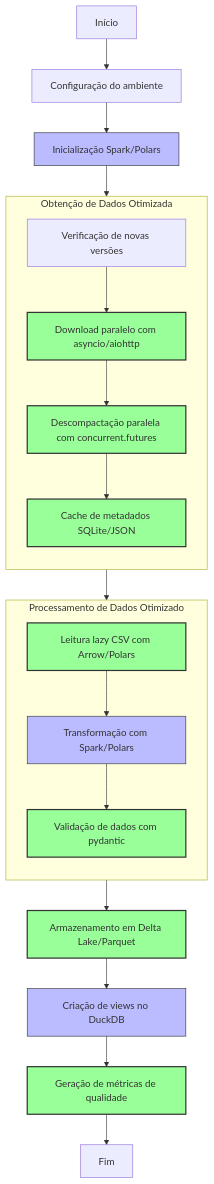
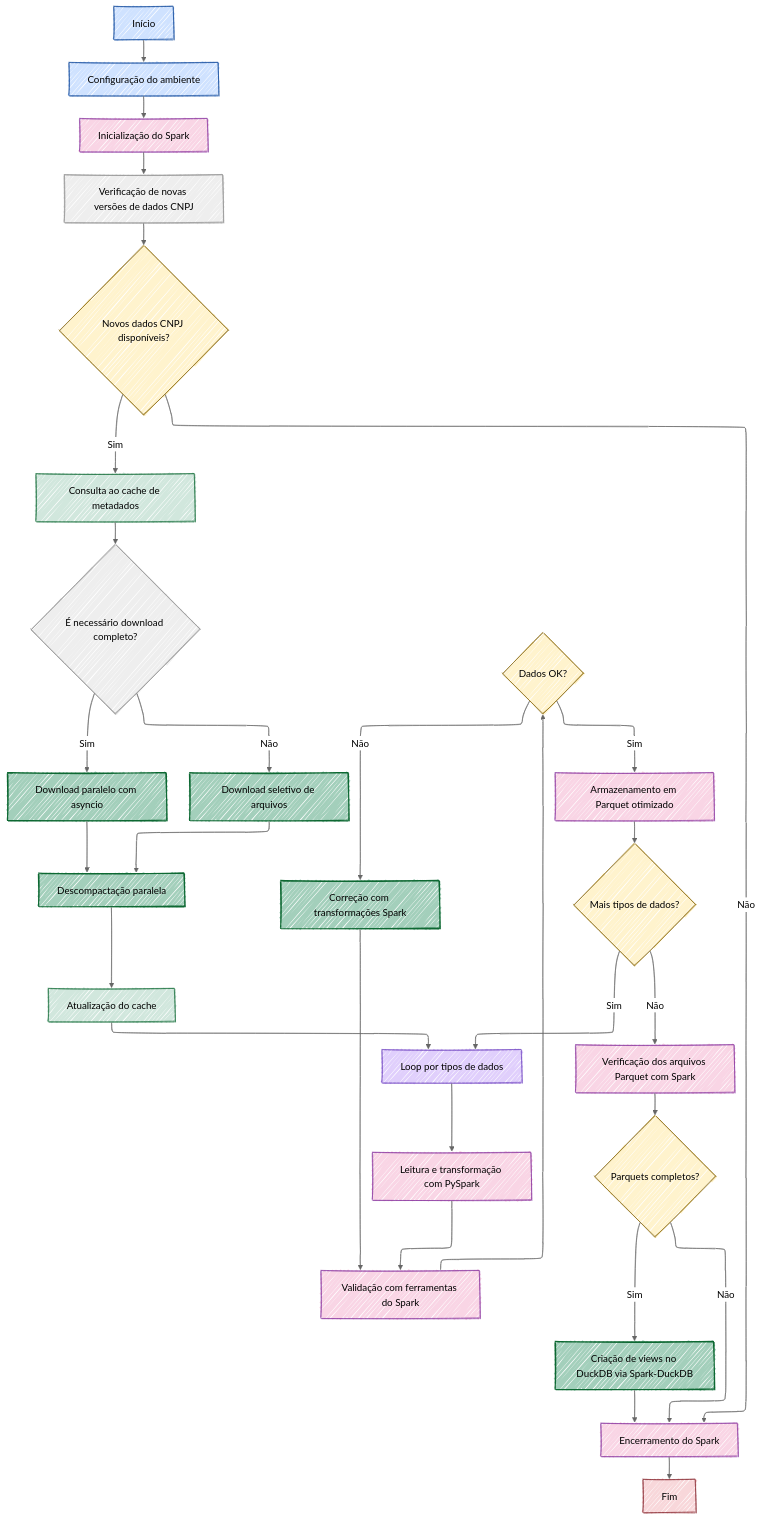
The second of 3 diagrams in otimizacao_fluxo_cnpj.md (wmodanez/cnpj_dados_abertos), drawn with Mermaid before and after one commit. The commit also changed other lines of this file, not shown here.

````diff
--- a/otimizacao_fluxo_cnpj.md
+++ b/otimizacao_fluxo_cnpj.md
@@ -92,41 +113,75 @@
 ```mermaid
+---
+config:
+   look: handDrawn
+   theme: neutral
+   layout: elk
+   elk:
+      direction: DOWN
+      nodeSpacing: 70
+      rankSpacing: 100
+      mergeEdges: false
+      spacing: 70
+      layeringStrategy: NETWORK_SIMPLEX
+      nodePlacementStrategy: BRANDES_KOEPF
+      algorithm: layered
+      layered:
+        alignedLayout: true
+        nodePlacement: SIMPLE
+
+---
 flowchart TD
-    %% Etapa 1: Inicialização
+    %% Etapa 1: Inicialização e Verificação
     A[Início] --> B[Configuração do ambiente]
-    B --> C[Inicialização Spark/Polars]
+    B --> C[Inicialização do Spark]
+    C --> D[Verificação de novas versões de dados CNPJ]
+    D --> D1{Novos dados CNPJ disponíveis?}
+    D1 -->|Não| P1[Encerramento do Spark]
+    P1 --> Z[Fim]
     
-    %% Etapa 2: Obtenção de Dados
-    C --> D[Verificação de novas versões]
+    %% Etapa 2: Preparação com Cache
+    D1 -->|Sim| E[Consulta ao cache de metadados]
+    E --> E1{É necessário download completo?}
+    E1 -->|Sim| F1[Download paralelo com asyncio]
+    E1 -->|Não| F2[Download seletivo de arquivos]
+    F1 --> G[Descompactação paralela]
+    F2 --> G
+    G --> H[Atualização do cache]
     
-    subgraph Obtenção[Obtenção de Dados Otimizada]
-        direction TB
-        D --> E[Download paralelo com asyncio/aiohttp]
-        E --> F[Descompactação paralela com concurrent.futures]
-        F --> G[Cache de metadados SQLite/JSON]
-    end
+    %% Etapa 3: Loop de Processamento com PySpark
+    H --> T[Loop por tipos de dados]
+    T --> I[Leitura e transformação com PySpark]
     
-    %% Etapa 3: Processamento
-    subgraph Processamento[Processamento de Dados Otimizado]
-        direction TB
-        G --> H[Leitura lazy CSV com Arrow/Polars]
-        H --> I[Transformação com Spark/Polars]
-        I --> J[Validação de dados com pydantic]
-    end
+    %% Conexão direta para validação
+    I --> J[Validação com ferramentas do Spark]
+    J --> J1{Dados OK?}
+    J1 -->|Não| J2[Correção com transformações Spark]
+    J2 --> J
+    J1 -->|Sim| K[Armazenamento em Parquet otimizado]
+    K --> T1{Mais tipos de dados?}
+    T1 -->|Sim| T
     
-    %% Etapa 4: Armazenamento
-    J --> K[Armazenamento em Delta Lake/Parquet]
-    K --> L[Criação de views no DuckDB]
+    %% Etapa 4: Consolidação e Finalização
+    T1 -->|Não| L[Verificação dos arquivos Parquet com Spark]
+    L --> L1{Parquets completos?}
+    L1 -->|Não| P1
+    L1 -->|Sim| M[Criação de views no DuckDB via Spark-DuckDB]
+    M --> P1
     
-    %% Finalização
-    L --> M[Geração de métricas de qualidade]
-    M --> N[Fim]
+    %% Estilos mais claros
+    classDef processo fill:#d1e7dd,stroke:#0d6832,stroke-width:1px
+    classDef novo fill:#a3cfbb,stroke:#0d6832,stroke-width:2px
+    classDef decisao fill:#fff3cd,stroke:#856404,stroke-width:1px
+    classDef inicio fill:#cfe2ff,stroke:#084298,stroke-width:1px
+    classDef fim fill:#f8d7da,stroke:#842029,stroke-width:1px
+    classDef loop fill:#e0cffc,stroke:#6f42c1,stroke-width:1px
+    classDef spark fill:#f9d5e5,stroke:#862e9c,stroke-width:1px
     
-    %% Estilos
-    classDef novo fill:#9f9,stroke:#333,stroke-width:2px
-    classDef melhorado fill:#bbf,stroke:#333,stroke-width:1px
-    
-    class E,F,G,H,J,K,M novo
-    class C,I,L melhorado
-    class Obtenção stroke:#aaa,stroke-width:1px,stroke-dasharray:5
-    class Processamento stroke:#aaa,stroke-width:1px,stroke-dasharray:5
+    class A,B inicio
+    class D1,J1,T1,L1 decisao
+    class F1,F2,G,J2,M novo
+    class E,H processo
+    class C,I,J,K,L,P1 spark
+    class T loop
+    class Z fim
 ```
````
